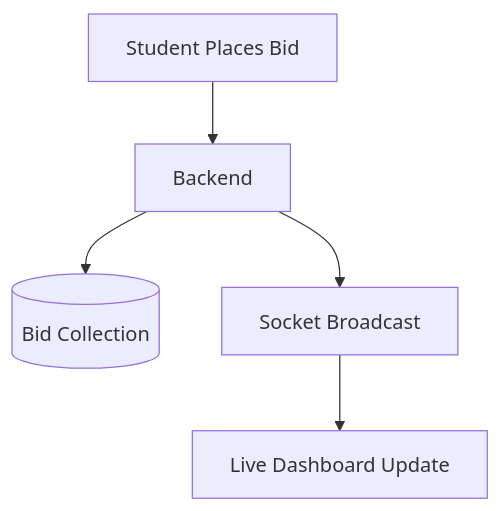
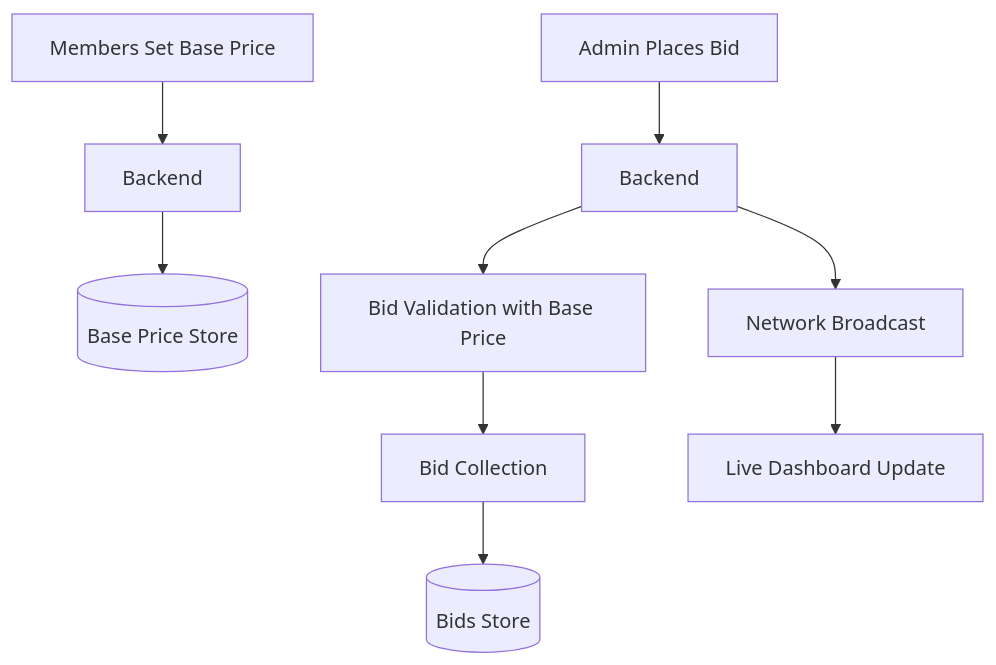
The seventh of 10 diagrams in README.md (YashKerkarTech04/YAR-Coin-2.0), drawn with Mermaid before and after one commit. The commit also changed other lines of this file, not shown here.

````diff
--- a/README.md
+++ b/README.md
@@ -171,7 +166,13 @@
 ```mermaid
 flowchart TD
-    A[Student Places Bid] --> B[Backend]
-    B --> C[(Bid Collection)]
-    B --> D[Socket Broadcast]
-    D --> E[Live Dashboard Update]
+    A[Members Set Base Price] --> B[Backend]
+    B --> C[(Base Price Store)]
+    
+    D[Admin Places Bid] --> E[Backend]
+    E --> F[Bid Validation with Base Price]
+    F --> G[Bid Collection]
+    G --> H[(Bids Store)]
+    
+    E --> I[Network Broadcast]
+    I --> J[Live Dashboard Update]
 ```
````
